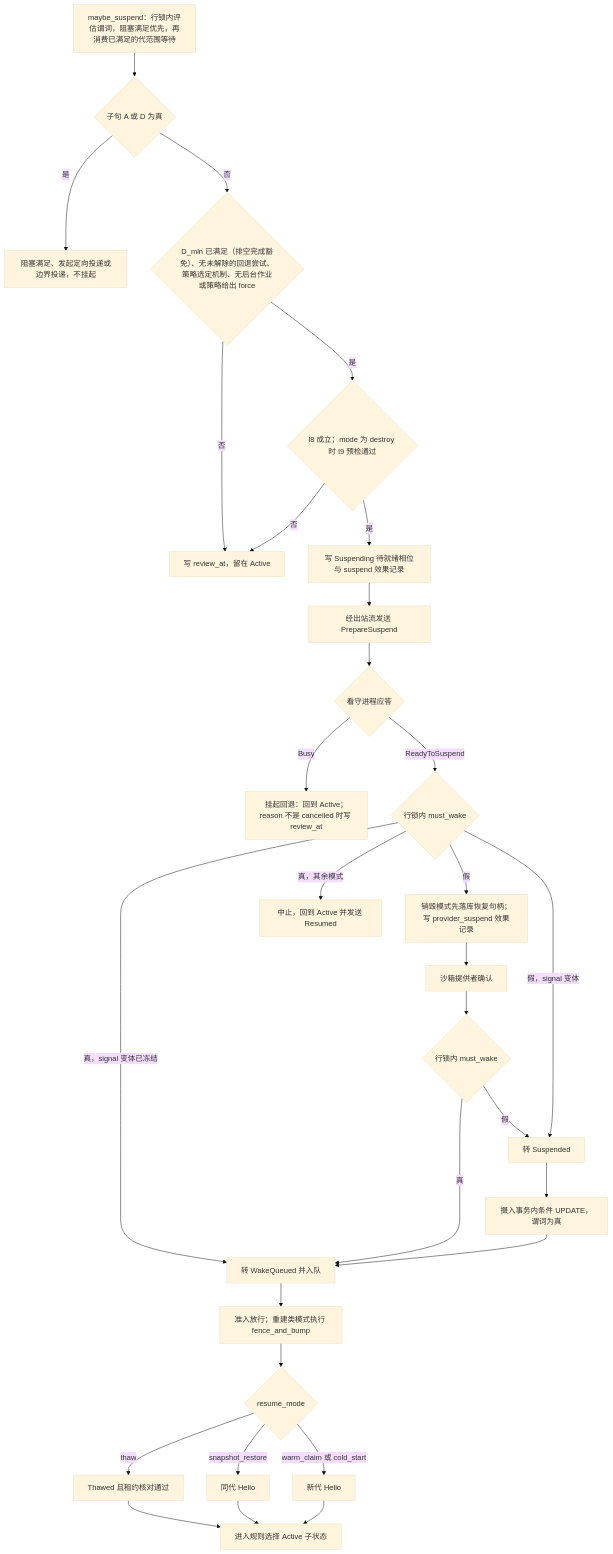
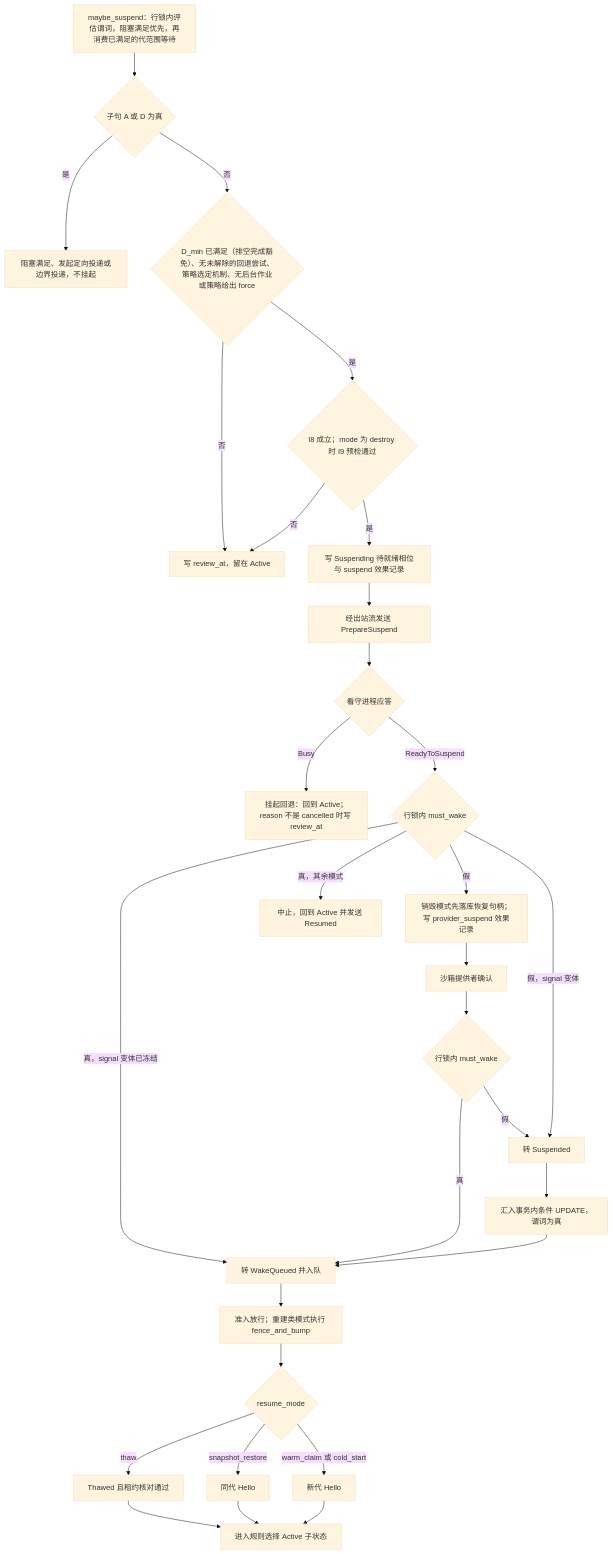
The third of 4 diagrams in docs/design/modules/design-runcontroller.md (wangzw/castworks), drawn with Mermaid (base theme) before and after one commit. The commit also changed other lines of this file and 7 other files, not shown here.

````diff
--- a/docs/design/modules/design-runcontroller.md
+++ b/docs/design/modules/design-runcontroller.md
@@ -413,32 +413,32 @@
 ```mermaid
 flowchart TD
     A["maybe_suspend：行锁内评估谓词，阻塞满足优先，再消费已满足的代范围等待"] --> B{"子句 A 或 D 为真"}
     B -->|"是"| C["阻塞满足、发起定向投递或边界投递，不挂起"]
     B -->|"否"| D{"D_min 已满足（排空完成豁免）、无未解除的回退尝试、策略选定机制、无后台作业或策略给出 force"}
     D -->|"否"| E["写 review_at，留在 Active"]
     D -->|"是"| F{"I8 成立；mode 为 destroy 时 I9 预检通过"}
     F -->|"否"| E
     F -->|"是"| G["写 Suspending 待就绪相位与 suspend 效果记录"]
     G --> H["经出站流发送 PrepareSuspend"]
     H --> I{"看守进程应答"}
     I -->|"Busy"| J["挂起回退：回到 Active；reason 不是 cancelled 时写 review_at"]
     I -->|"ReadyToSuspend"| K{"行锁内 must_wake"}
     K -->|"真，signal 变体已冻结"| L["转 WakeQueued 并入队"]
     K -->|"真，其余模式"| M["中止，回到 Active 并发送 Resumed"]
     K -->|"假"| N["销毁模式先落库恢复句柄；写 provider_suspend 效果记录"]
     K -->|"假，signal 变体"| O["转 Suspended"]
     N --> P["沙箱提供者确认"]
     P --> Q{"行锁内 must_wake"}
     Q -->|"真"| L
     Q -->|"假"| O
-    O --> R["摄入事务内条件 UPDATE，谓词为真"]
+    O --> R["汇入事务内条件 UPDATE，谓词为真"]
     R --> L
     L --> S["准入放行；重建类模式执行 fence_and_bump"]
     S --> T{"resume_mode"}
     T -->|"thaw"| U["Thawed 且租约核对通过"]
     T -->|"snapshot_restore"| V["同代 Hello"]
     T -->|"warm_claim 或 cold_start"| W["新代 Hello"]
     U --> X["进入规则选择 Active 子状态"]
     V --> X
     W --> X
 ```
````
